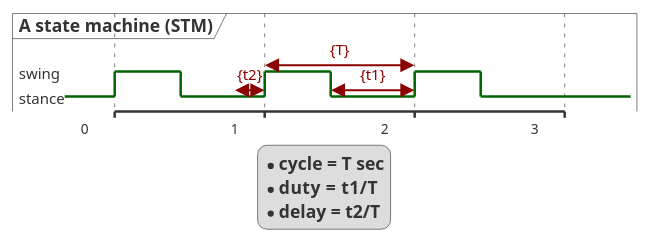
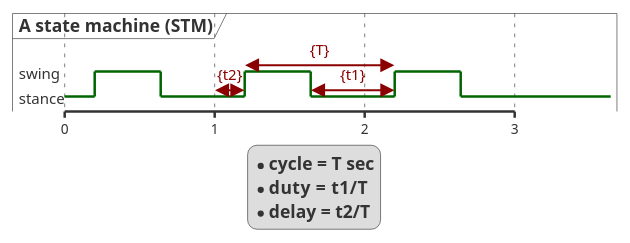
The second of 5 diagrams in biped6.0.org (mori0091/Biped), drawn with PlantUML before and after one commit. The commit also changed other lines of this file and 5 other files, not shown here.

Commit message:
Added timing-charts and description about auto-balance coefficients.

```diff
--- a/biped6.0.org
+++ b/biped6.0.org
@@ -224,22 +224,23 @@
 #+begin_src plantuml :file fig/STM-timing-chart.svg :exports none
 robust "A state machine (STM)" as STM
 scale 1 as 120 pixels
 
-STM is stance
+STM has swing,stance
 
 @STM
+0.0 is stance
 0.2 is swing
 +0.44 is stance
 +0.56 is swing
 +0.44 is stance
 +0.56 is swing
 +0.44 is stance
 STM@1.2 <-> @2.2 : {T}
 STM@1.64 <-> @2.2 : {t1}
 STM@1.0 <-> @1.2 : {t2}
 legend
  * cycle = T sec
  * duty  = t1/T
  * delay = t2/T
 end legend
 #+end_src
```
